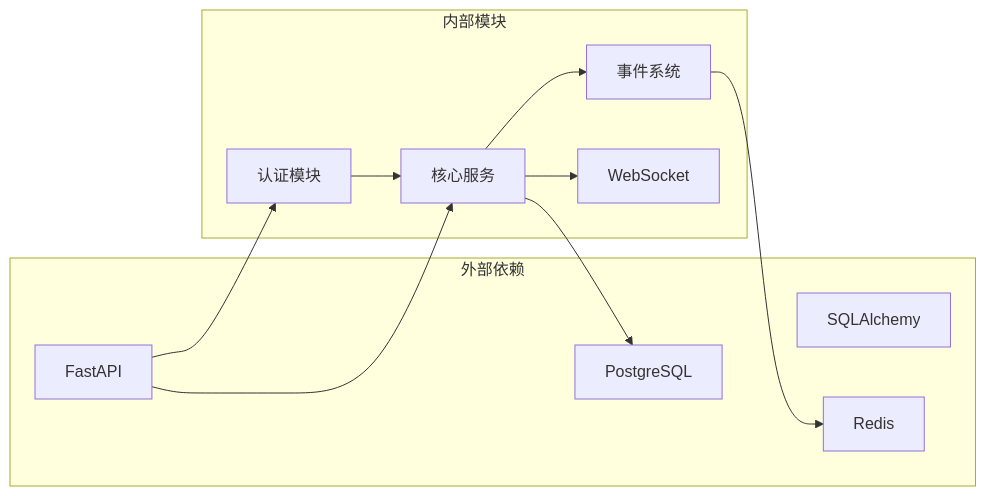
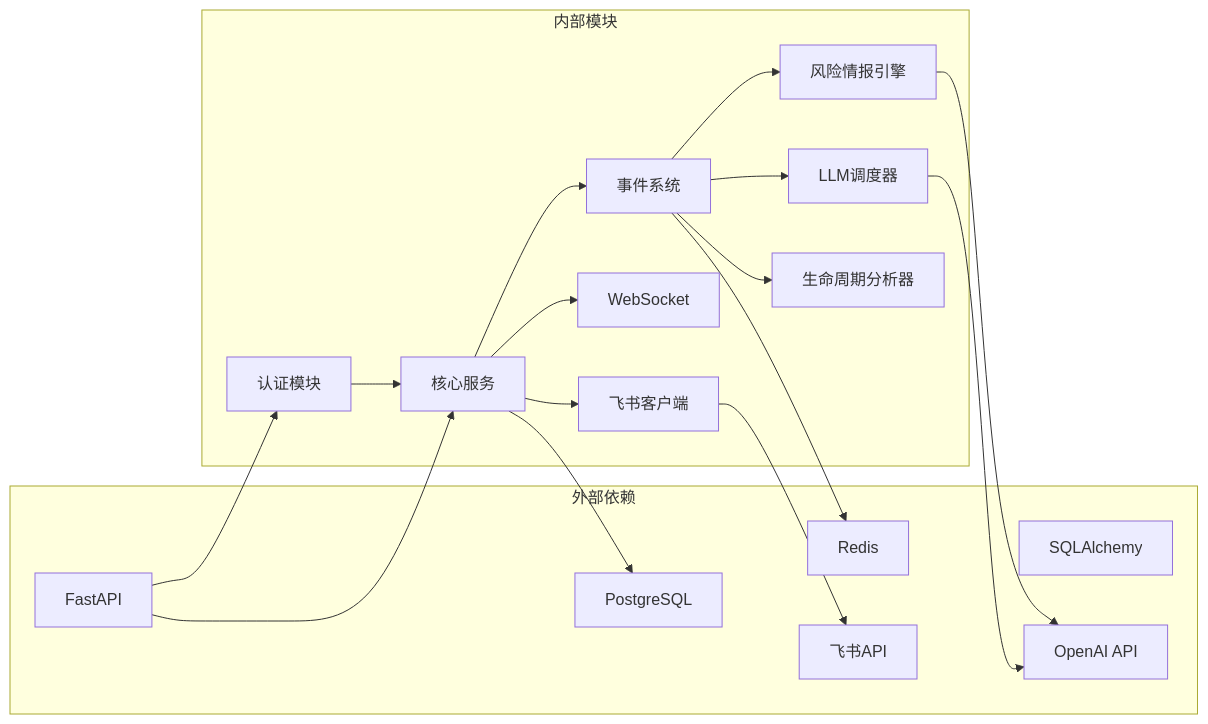
One commit to angledick/- changed the fifth of 5 diagrams in .qoder/repowiki/zh/content/API参考文档/API参考文档.md. Above: the diagram before and after it, drawn with Mermaid. The commit also changed other lines of this file and 770 other files, not shown here.

````diff
--- a/.qoder/repowiki/zh/content/API参考文档/API参考文档.md
+++ b/.qoder/repowiki/zh/content/API参考文档/API参考文档.md
@@ -272,22 +429,35 @@
 ```mermaid
 graph LR
 subgraph "外部依赖"
 A[FastAPI]
 B[SQLAlchemy]
 C[Redis]
 D[PostgreSQL]
+E[OpenAI API]
+F[飞书API]
 end
 subgraph "内部模块"
-E[认证模块]
-F[核心服务]
-G[事件系统]
-H[WebSocket]
+G[认证模块]
+H[核心服务]
+I[事件系统]
+J[WebSocket]
+K[风险情报引擎]
+L[LLM调度器]
+M[飞书客户端]
+N[生命周期分析器]
 end
-A --> E
-A --> F
-E --> F
-F --> G
-F --> H
-G --> C
-F --> D
+A --> G
+A --> H
+G --> H
+H --> I
+H --> J
+I --> K
+I --> L
+I --> N
+H --> M
+K --> E
+L --> E
+M --> F
+I --> C
+H --> D
 ```
````
